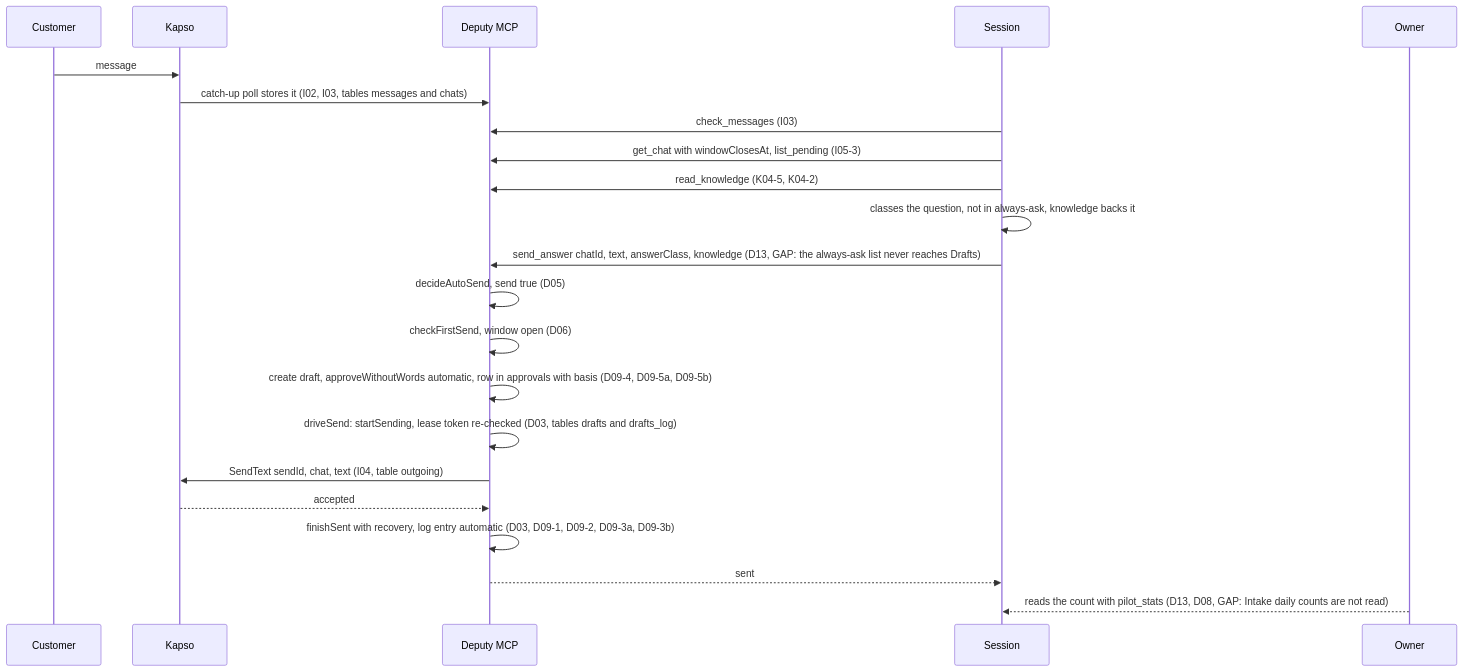
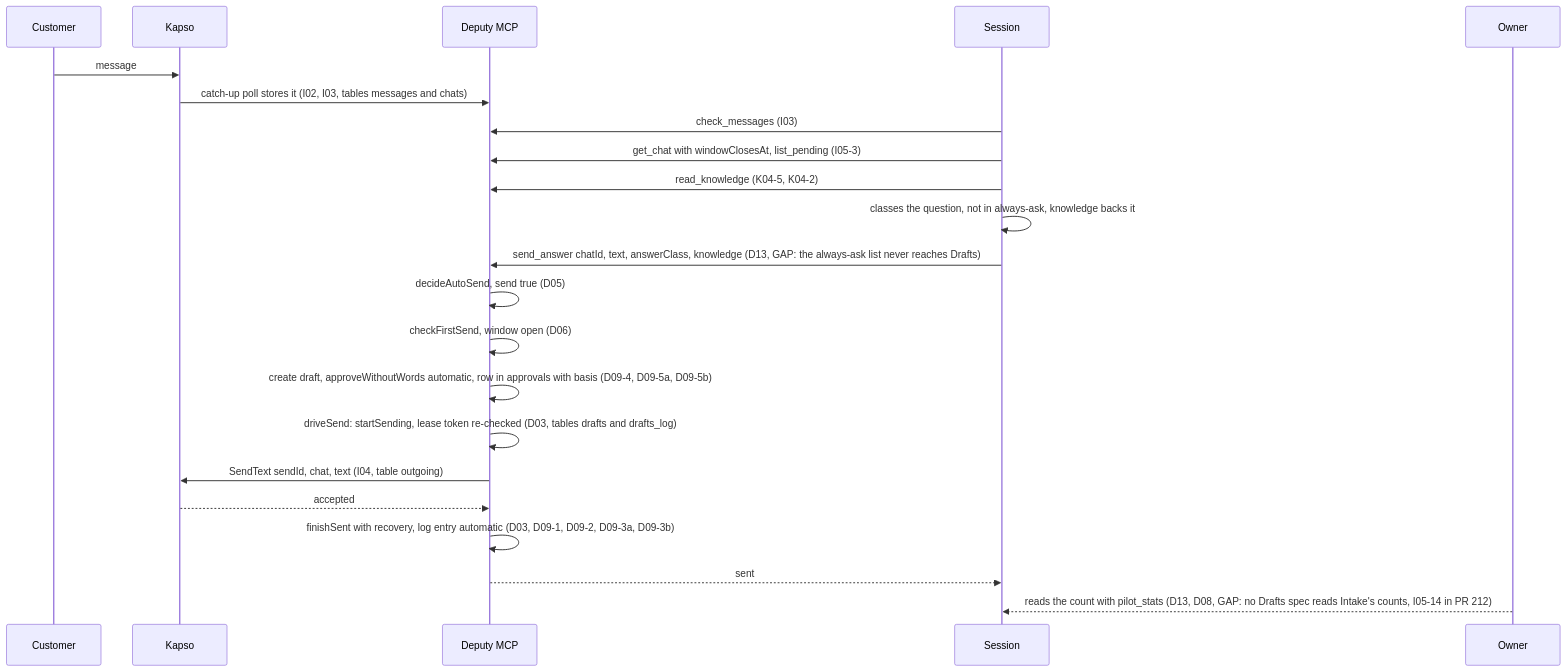
The fourth of 15 diagrams in docs/tp-detail/TP-pilot-end-to-end.md (antonygiomarxdev/deputy), drawn with Mermaid before and after one commit. The commit also changed other lines of this file, not shown here.

Commit message:
docs: diagram (d) shows the kept not-sent question; counts GAP names the Drafts side

````diff
--- a/docs/tp-detail/TP-pilot-end-to-end.md
+++ b/docs/tp-detail/TP-pilot-end-to-end.md
@@ -114,24 +114,24 @@
 ```mermaid
 sequenceDiagram
   participant C as Customer
   participant K as Kapso
   participant M as Deputy MCP
   participant S as Session
   participant O as Owner
   C->>K: message
   K->>M: catch-up poll stores it (I02, I03, tables messages and chats)
   S->>M: check_messages (I03)
   S->>M: get_chat with windowClosesAt, list_pending (I05-3)
   S->>M: read_knowledge (K04-5, K04-2)
   S->>S: classes the question, not in always-ask, knowledge backs it
   S->>M: send_answer chatId, text, answerClass, knowledge (D13, GAP: the always-ask list never reaches Drafts)
   M->>M: decideAutoSend, send true (D05)
   M->>M: checkFirstSend, window open (D06)
   M->>M: create draft, approveWithoutWords automatic, row in approvals with basis (D09-4, D09-5a, D09-5b)
   M->>M: driveSend: startSending, lease token re-checked (D03, tables drafts and drafts_log)
   M->>K: SendText sendId, chat, text (I04, table outgoing)
   K-->>M: accepted
   M->>M: finishSent with recovery, log entry automatic (D03, D09-1, D09-2, D09-3a, D09-3b)
   M-->>S: sent
-  O-->>S: reads the count with pilot_stats (D13, D08, GAP: Intake daily counts are not read)
+  O-->>S: reads the count with pilot_stats (D13, D08, GAP: no Drafts spec reads Intake's counts, I05-14 in PR 212)
 ```
````
